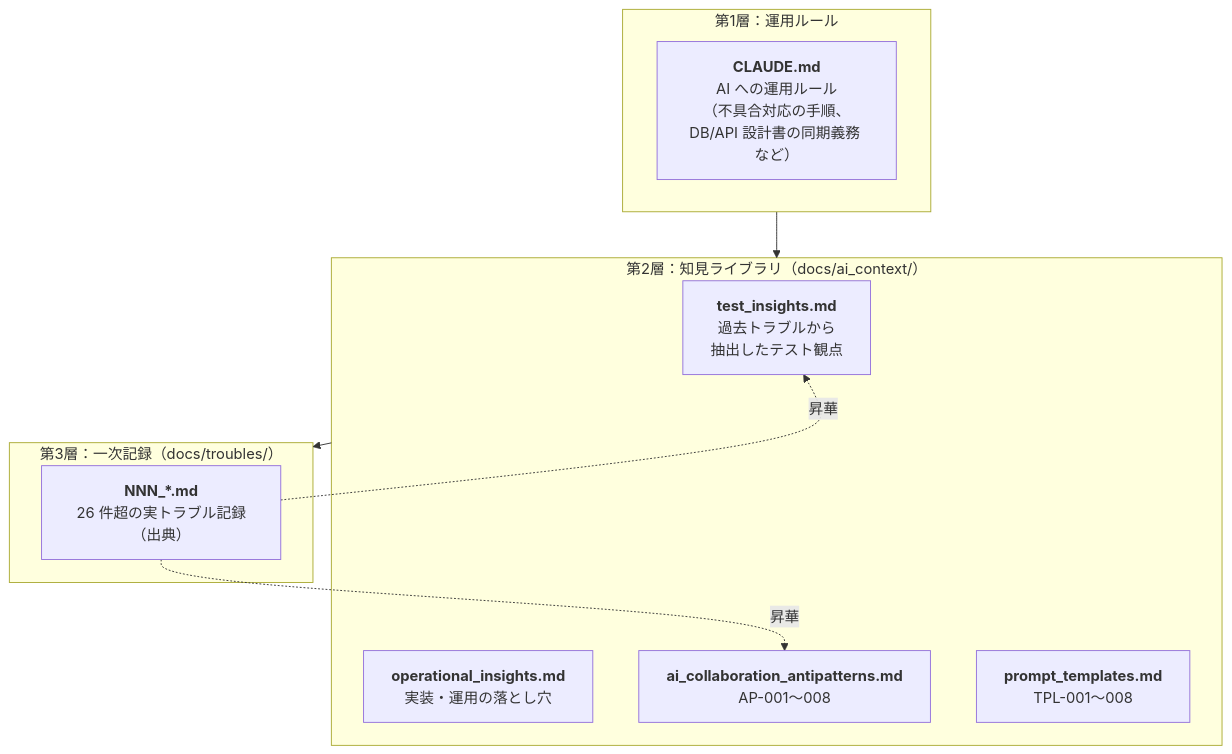
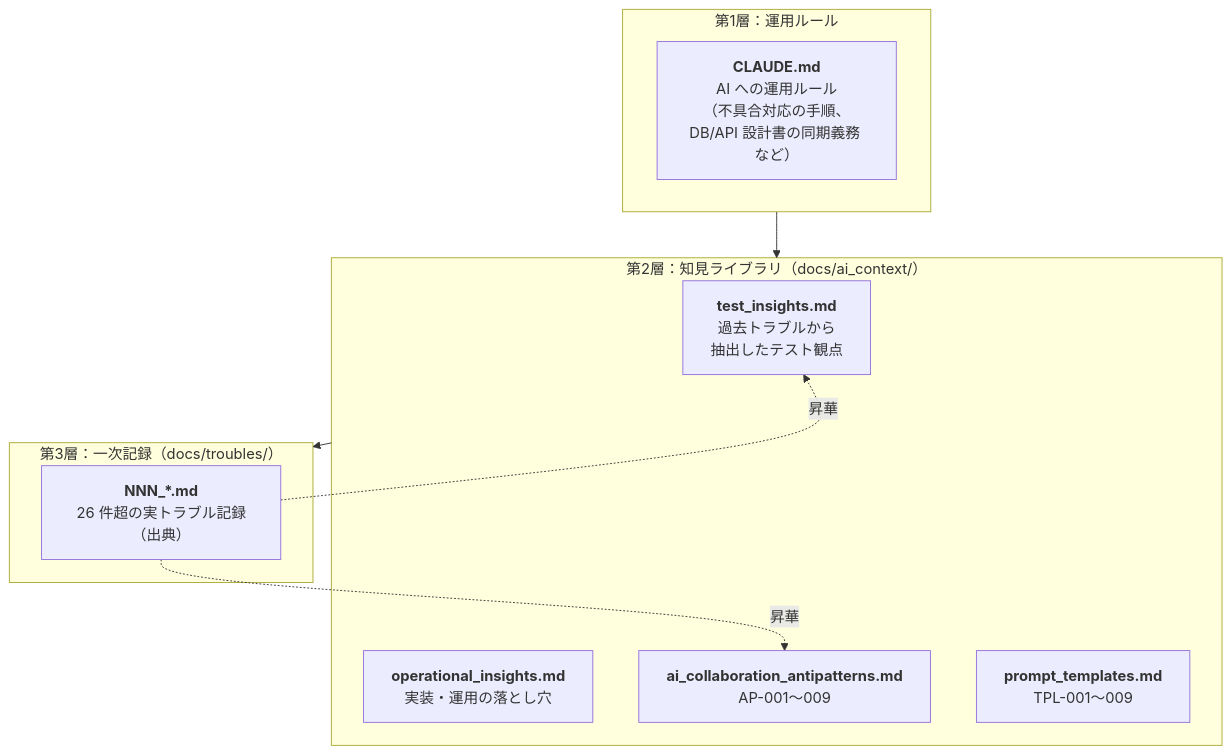
The diagram in README.md (Tetsu0222/amazia), drawn with Mermaid before and after one commit. The commit also changed other lines of this file and 33 other files, not shown here.

````diff
--- a/README.md
+++ b/README.md
@@ -40,22 +40,22 @@
 ```mermaid
 flowchart TB
     subgraph L1["第1層：運用ルール"]
         CLAUDE["<b>CLAUDE.md</b><br/>AI への運用ルール<br/>（不具合対応の手順、<br/>DB/API 設計書の同期義務 など）"]
     end
 
     subgraph L2["第2層：知見ライブラリ（docs/ai_context/）"]
         TEST["<b>test_insights.md</b><br/>過去トラブルから<br/>抽出したテスト観点"]
         OPS["<b>operational_insights.md</b><br/>実装・運用の落とし穴"]
-        AP["<b>ai_collaboration_antipatterns.md</b><br/>AP-001〜008"]
-        TPL["<b>prompt_templates.md</b><br/>TPL-001〜008"]
+        AP["<b>ai_collaboration_antipatterns.md</b><br/>AP-001〜009"]
+        TPL["<b>prompt_templates.md</b><br/>TPL-001〜009"]
     end
 
     subgraph L3["第3層：一次記録（docs/troubles/）"]
         TRB["<b>NNN_*.md</b><br/>26 件超の実トラブル記録（出典）"]
     end
 
     L1 --> L2
     L2 --> L3
     TRB -.昇華.-> TEST
     TRB -.昇華.-> AP
 ```
````
